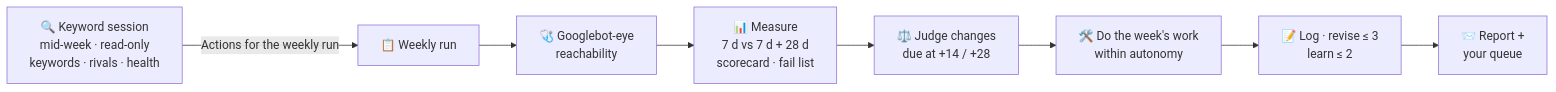
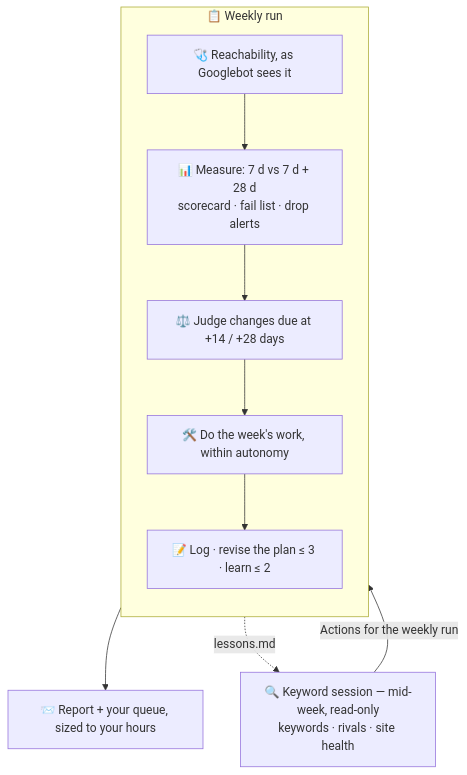
One commit to Amirjaz/seo-living-plan changed the diagram in README.md. Above: the diagram before and after it, drawn with Mermaid. The commit also changed other lines of this file, not shown here.

Commit message:
README: fix mixed Persian/English rendering and make the diagram readable

````diff
--- a/README.md
+++ b/README.md
@@ -114,10 +114,13 @@
 ```mermaid
-flowchart LR
-    K["🔍 Keyword session<br/>mid-week · read-only<br/>keywords · rivals · health"] -->|"Actions for the weekly run"| W
-    W["📋 Weekly run"] --> R1["🩺 Googlebot-eye<br/>reachability"]
-    R1 --> M["📊 Measure<br/>7 d vs 7 d + 28 d<br/>scorecard · fail list"]
-    M --> J["⚖️ Judge changes<br/>due at +14 / +28"]
-    J --> D["🛠️ Do the week's work<br/>within autonomy"]
-    D --> L["📝 Log · revise ≤ 3<br/>learn ≤ 2"]
-    L --> Rep["📨 Report +<br/>your queue"]
+flowchart TD
+    K["🔍 Keyword session — mid-week, read-only<br/>keywords · rivals · site health"] -->|"Actions for the weekly run"| R1
+    subgraph W["📋 Weekly run"]
+        direction TB
+        R1["🩺 Reachability, as Googlebot sees it"] --> M["📊 Measure: 7 d vs 7 d + 28 d<br/>scorecard · fail list · drop alerts"]
+        M --> J["⚖️ Judge changes due at +14 / +28 days"]
+        J --> D["🛠️ Do the week's work, within autonomy"]
+        D --> L["📝 Log · revise the plan ≤ 3 · learn ≤ 2"]
+    end
+    L --> Rep["📨 Report + your queue, sized to your hours"]
+    L -.->|"lessons.md"| K
 ```
````
